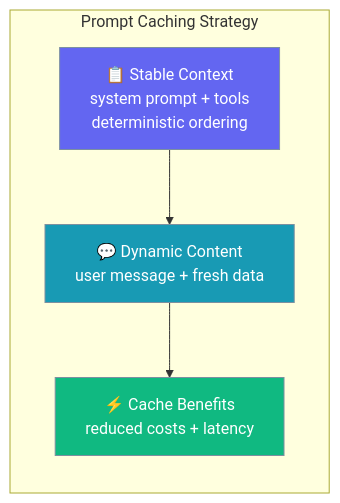
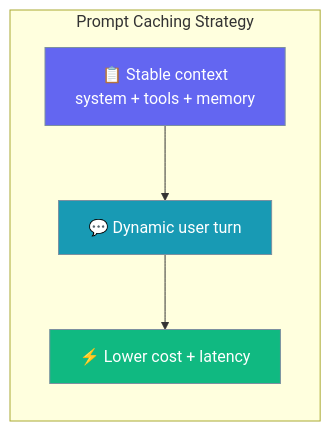
Before and after one commit to MervinPraison/PraisonAIDocs: the first of 2 diagrams in docs/features/prompt-caching.mdx, drawn with Mermaid. The commit also changed other lines of this file and 4 other files, not shown here.

````diff
--- a/docs/features/prompt-caching.mdx
+++ b/docs/features/prompt-caching.mdx
@@ -10,15 +25,15 @@
 ```mermaid
 graph LR
     subgraph "Prompt Caching Strategy"
-        S[📋 Stable Context<br/>system prompt + tools<br/>deterministic ordering] --> D[💬 Dynamic Content<br/>user message + fresh data]
-        D --> R[⚡ Cache Benefits<br/>reduced costs + latency]
+        S[📋 Stable context<br/>system + tools + memory] --> D[💬 Dynamic user turn]
+        D --> R[⚡ Lower cost + latency]
     end
 
     classDef stable fill:#6366F1,stroke:#7C90A0,color:#fff
     classDef dynamic fill:#189AB4,stroke:#7C90A0,color:#fff
     classDef result fill:#10B981,stroke:#7C90A0,color:#fff
 
     class S stable
     class D dynamic
     class R result
 ```
````
